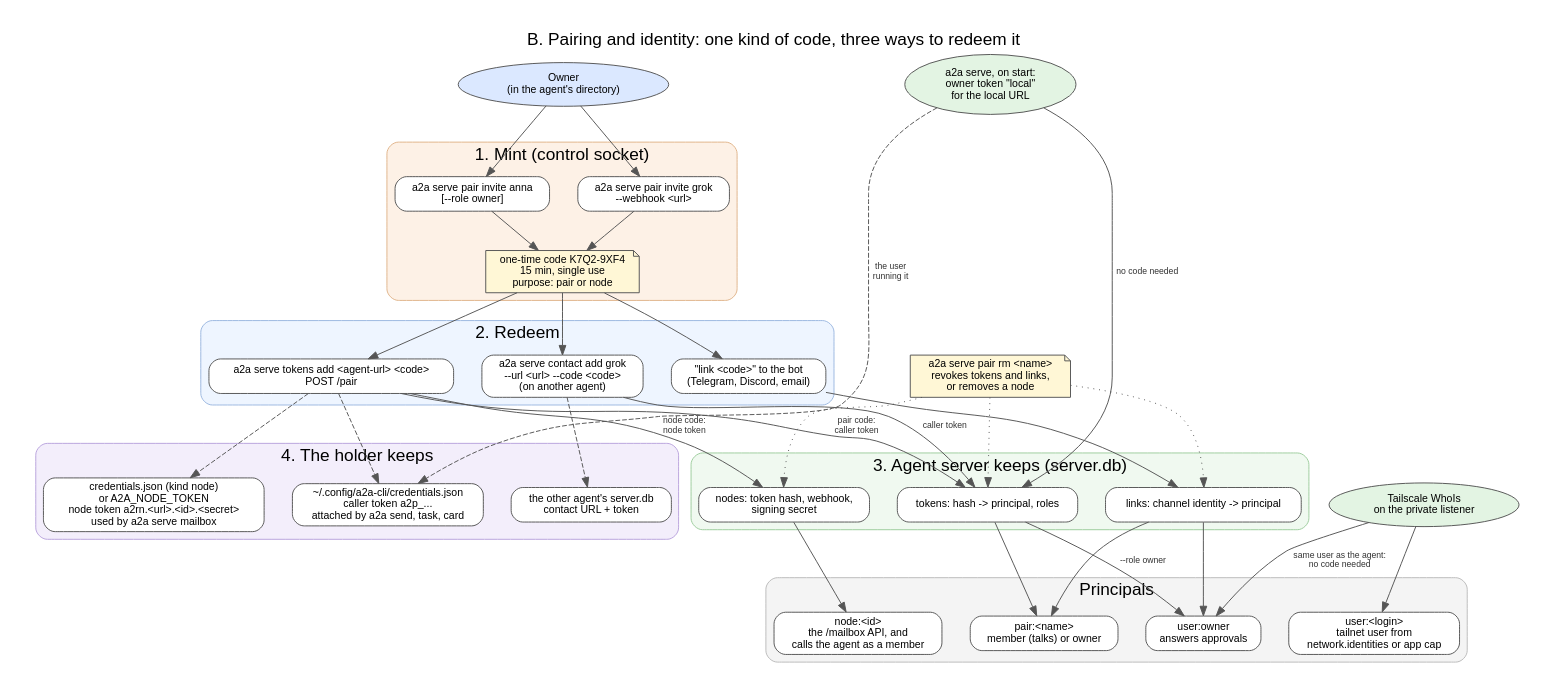
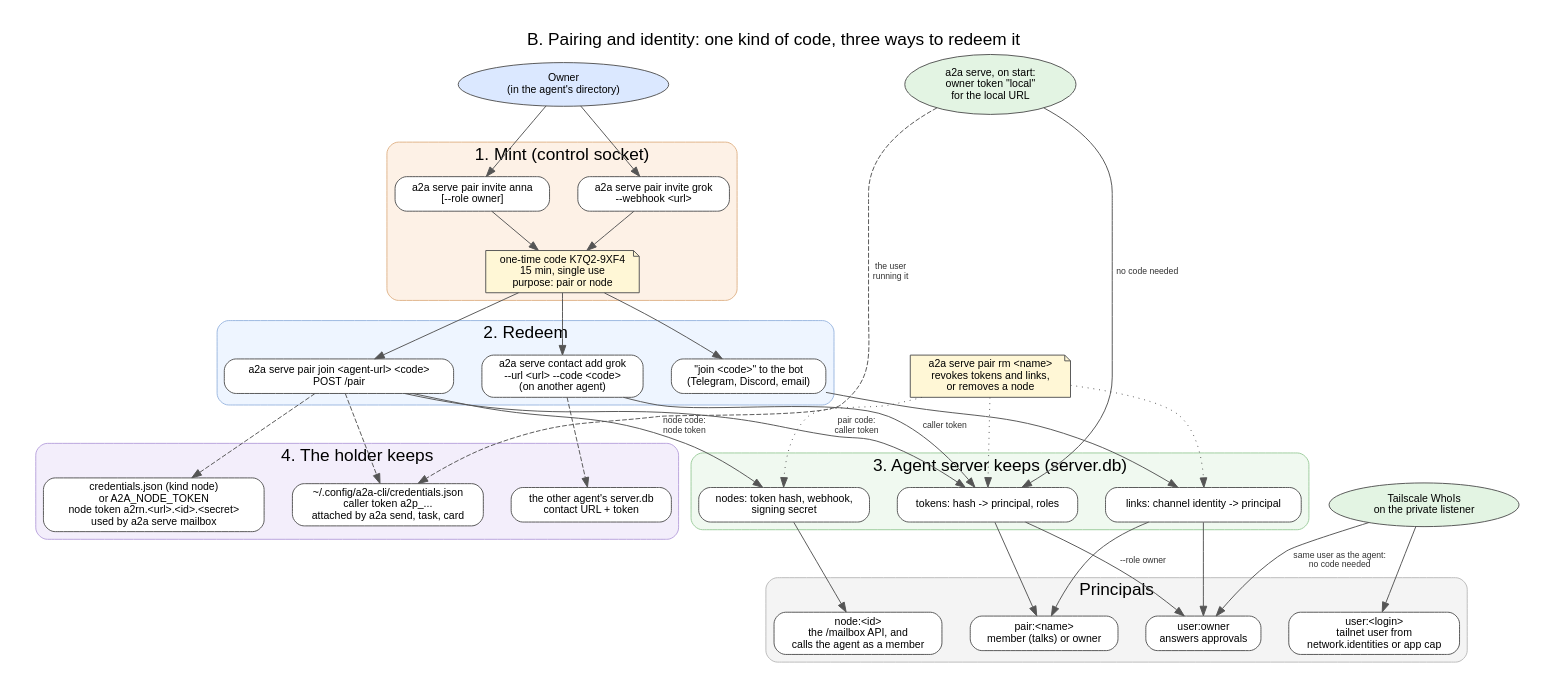
The diagram in docs/graphs/agent-server-pairing.dot (a2aproject/a2a-serve), drawn with Graphviz before and after one commit. The commit also changed 52 other files, not shown here.

First line of the commit message:
feat!: manage pairings with pair invite|join|list|get|set|rm

```diff
--- a/docs/graphs/agent-server-pairing.dot
+++ b/docs/graphs/agent-server-pairing.dot
@@ -1,73 +1,73 @@
 // B. Pairing and identity: how callers, messenger accounts, other agents and
 // webhook nodes get a principal, and where each credential is kept.
 // Render: dot -Tpng -Gdpi=110 agent-server-pairing.dot -o agent-server-pairing.png
 digraph agent_server_pairing {
   rankdir=TB;
   graph [fontname="Helvetica", nodesep=0.4, ranksep=0.55, pad=0.3,
          label="B. Pairing and identity: one kind of code, three ways to redeem it", labelloc=t, fontsize=18];
   node  [fontname="Helvetica", fontsize=11, shape=box, style="rounded,filled", fillcolor="#ffffff", color="#555555"];
   edge  [fontname="Helvetica", fontsize=9, color="#555555", fontcolor="#333333"];
 
   Owner [label="Owner\n(in the agent's directory)", shape=ellipse, fillcolor="#dbe8ff"];
 
   subgraph cluster_mint {
     label="1. Mint (control socket)"; style="rounded,filled"; fillcolor="#fdf1e6"; color="#e0b48a";
     PairCaller [label="a2a serve pair invite anna\n[--role owner]"];
     PairNode   [label="a2a serve pair invite grok\n--webhook <url>"];
     Code       [label="one-time code K7Q2-9XF4\n15 min, single use\npurpose: pair or node", shape=note, fillcolor="#fff7d6"];
   }
 
   subgraph cluster_redeem {
     label="2. Redeem"; style="rounded,filled"; fillcolor="#eef5ff"; color="#9bb7e0";
-    PairAdd  [label="a2a serve tokens add <agent-url> <code>\nPOST /pair"];
-    Link     [label="\"link <code>\" to the bot\n(Telegram, Discord, email)"];
+    PairAdd  [label="a2a serve pair join <agent-url> <code>\nPOST /pair"];
+    Link     [label="\"join <code>\" to the bot\n(Telegram, Discord, email)"];
     Contact  [label="a2a serve contact add grok\n--url <url> --code <code>\n(on another agent)"];
   }
 
   subgraph cluster_server {
     label="3. Agent server keeps (server.db)"; style="rounded,filled"; fillcolor="#f0f9f0"; color="#9ccc9c";
     Tokens [label="tokens: hash -> principal, roles"];
     Links  [label="links: channel identity -> principal"];
     NodeT  [label="nodes: token hash, webhook,\nsigning secret"];
   }
 
   subgraph cluster_holders {
     label="4. The holder keeps"; style="rounded,filled"; fillcolor="#f3eefb"; color="#b9a4dd";
     Creds   [label="~/.config/a2a-cli/credentials.json\ncaller token a2p_...\nattached by a2a send, task, card"];
     NodeCreds [label="credentials.json (kind node)\nor A2A_NODE_TOKEN\nnode token a2rn.<url>.<id>.<secret>\nused by a2a serve mailbox"];
     ContactDB [label="the other agent's server.db\ncontact URL + token"];
   }
 
   subgraph cluster_principals {
     label="Principals"; style="rounded,filled"; fillcolor="#f4f4f4"; color="#bbbbbb";
     POwner  [label="user:owner\nanswers approvals"];
     PPair   [label="pair:<name>\nmember (talks) or owner"];
     PUser   [label="user:<login>\ntailnet user from\nnetwork.identities or app cap"];
     PNode   [label="node:<id>\nthe /mailbox API, and\ncalls the agent as a member"];
   }
 
   Tailnet [label="Tailscale WhoIs\non the private listener", shape=ellipse, fillcolor="#e3f4e3"];
   Start   [label="a2a serve, on start:\nowner token \"local\"\nfor the local URL", shape=ellipse, fillcolor="#e3f4e3"];
 
   Owner -> PairCaller; Owner -> PairNode;
   PairCaller -> Code; PairNode -> Code;
   Code -> PairAdd; Code -> Link; Code -> Contact;
   PairAdd -> Tokens [label="pair code:\ncaller token"];
   PairAdd -> NodeT  [label="node code:\nnode token"];
   Link -> Links;
   Contact -> Tokens [label="caller token"];
   PairAdd -> Creds [style=dashed];
   PairAdd -> NodeCreds [style=dashed];
   Contact -> ContactDB [style=dashed];
   Tokens -> PPair; Tokens -> POwner [label="--role owner"];
   Links -> PPair; Links -> POwner;
   NodeT -> PNode;
   Tailnet -> POwner [label="same user as the agent:\nno code needed"];
   Tailnet -> PUser;
   {rank=same; Owner; Start}
   Start -> Tokens [label="no code needed"];
   Start -> Creds [style=dashed, label="the user\nrunning it"];
 
   Revoke [label="a2a serve pair rm <name>\nrevokes tokens and links,\nor removes a node", shape=note, fillcolor="#fff7d6"];
   Revoke -> Tokens [style=dotted]; Revoke -> Links [style=dotted]; Revoke -> NodeT [style=dotted];
 }
```
